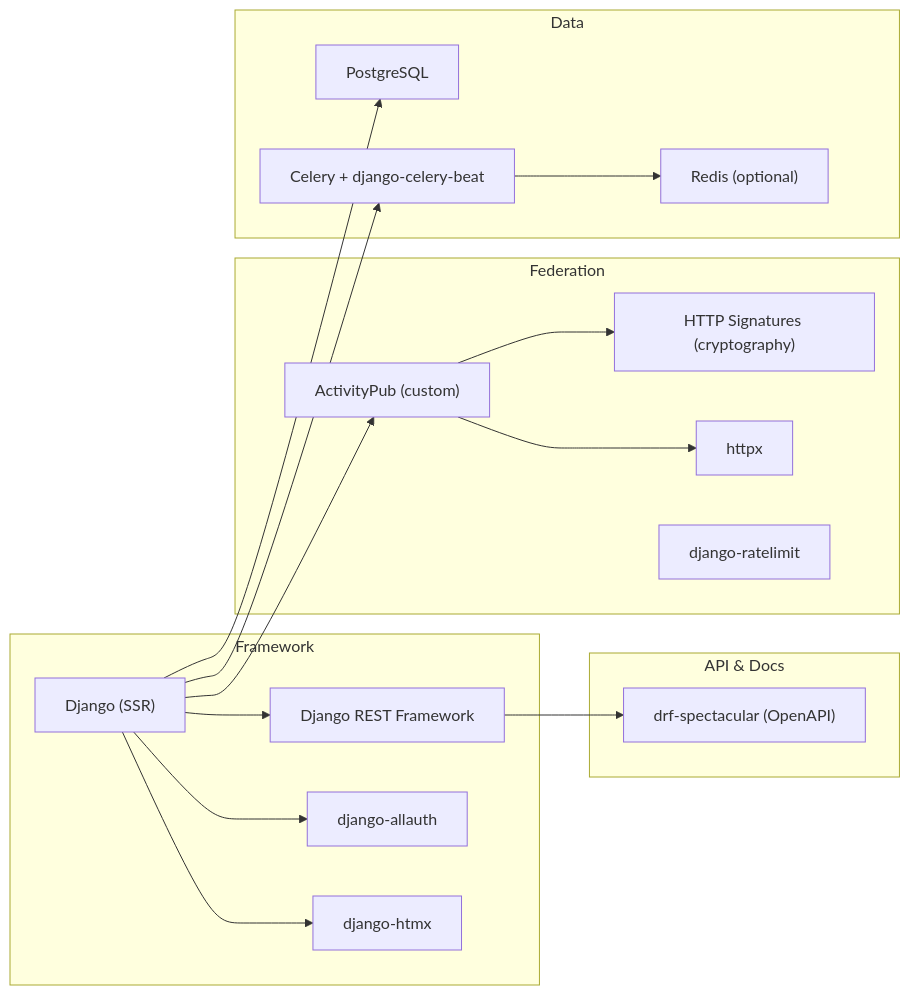
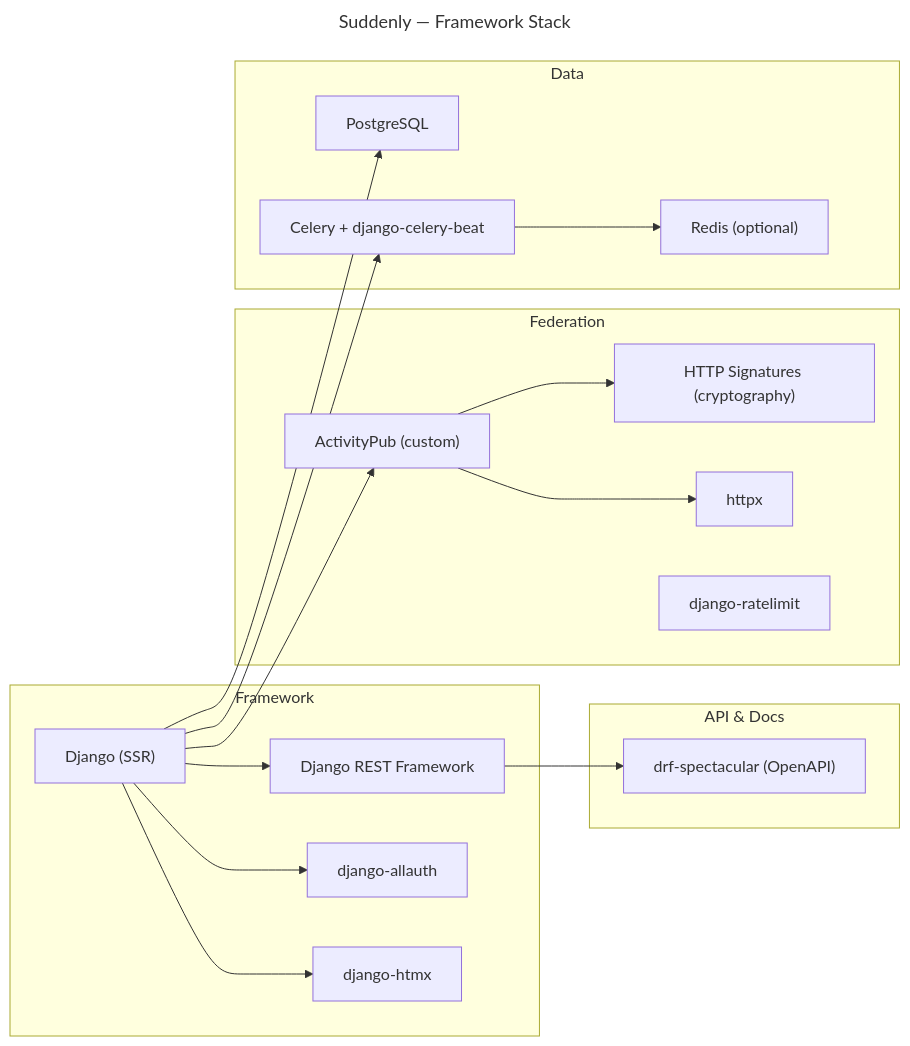
The first of 2 diagrams in aidd_docs/memory/ARCHITECTURE.md (RebelliousSmile/suddenly), drawn with Mermaid before and after one commit. The commit also changed other lines of this file and 15 other files, not shown here.

First line of the commit message:
docs(memory): update memory bank with federation flows

````diff
--- a/aidd_docs/memory/ARCHITECTURE.md
+++ b/aidd_docs/memory/ARCHITECTURE.md
@@ -9,33 +9,36 @@
 ```mermaid
+---
+title: Suddenly — Framework Stack
+---
 flowchart LR
     subgraph "Framework"
         Django["Django (SSR)"]
         DRF["Django REST Framework"]
         Allauth["django-allauth"]
         HTMX["django-htmx"]
     end
     subgraph "Federation"
         AP["ActivityPub (custom)"]
         Sig["HTTP Signatures (cryptography)"]
         HTTPX["httpx"]
         RL["django-ratelimit"]
     end
     subgraph "Data"
         PG["PostgreSQL"]
         Celery["Celery + django-celery-beat"]
         Redis["Redis (optional)"]
     end
     subgraph "API & Docs"
         Spectacular["drf-spectacular (OpenAPI)"]
     end
     Django --> DRF
     Django --> Allauth
     Django --> HTMX
     DRF --> Spectacular
     Django --> AP
     AP --> Sig
     AP --> HTTPX
     Django --> PG
     Django --> Celery
     Celery --> Redis
 ```
````
